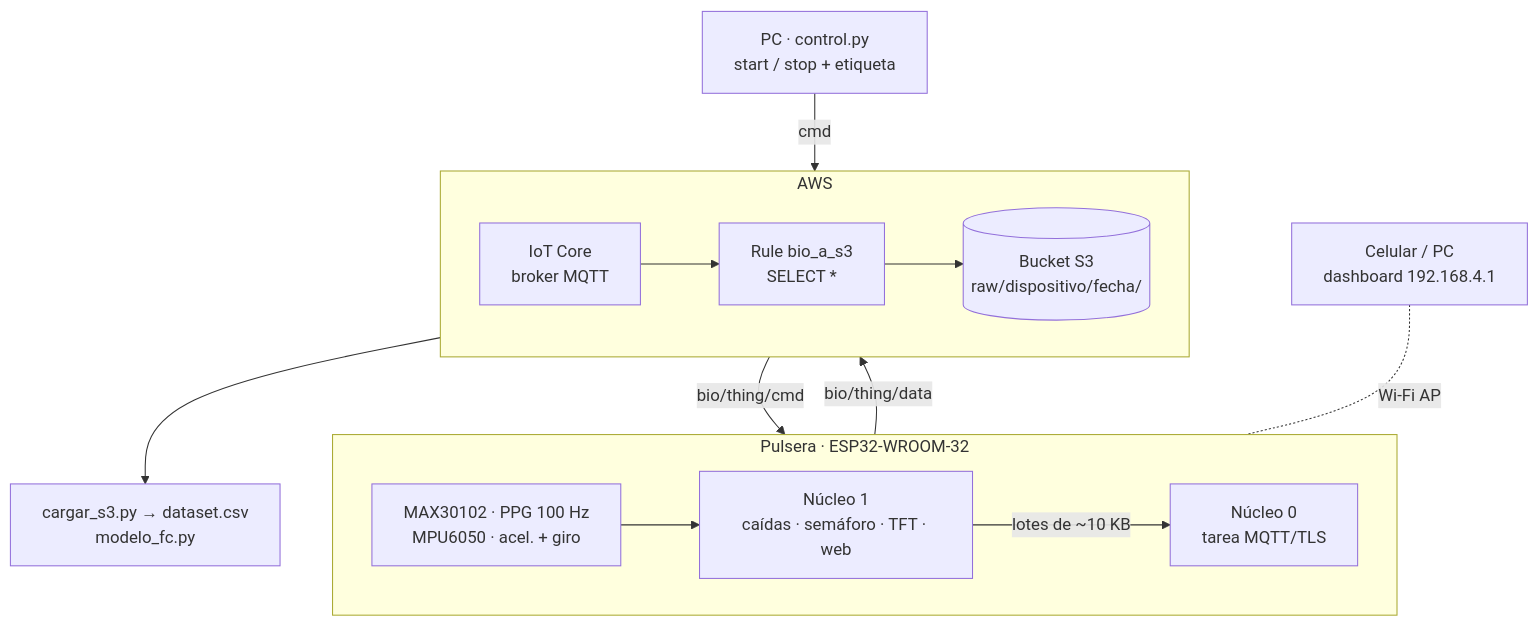
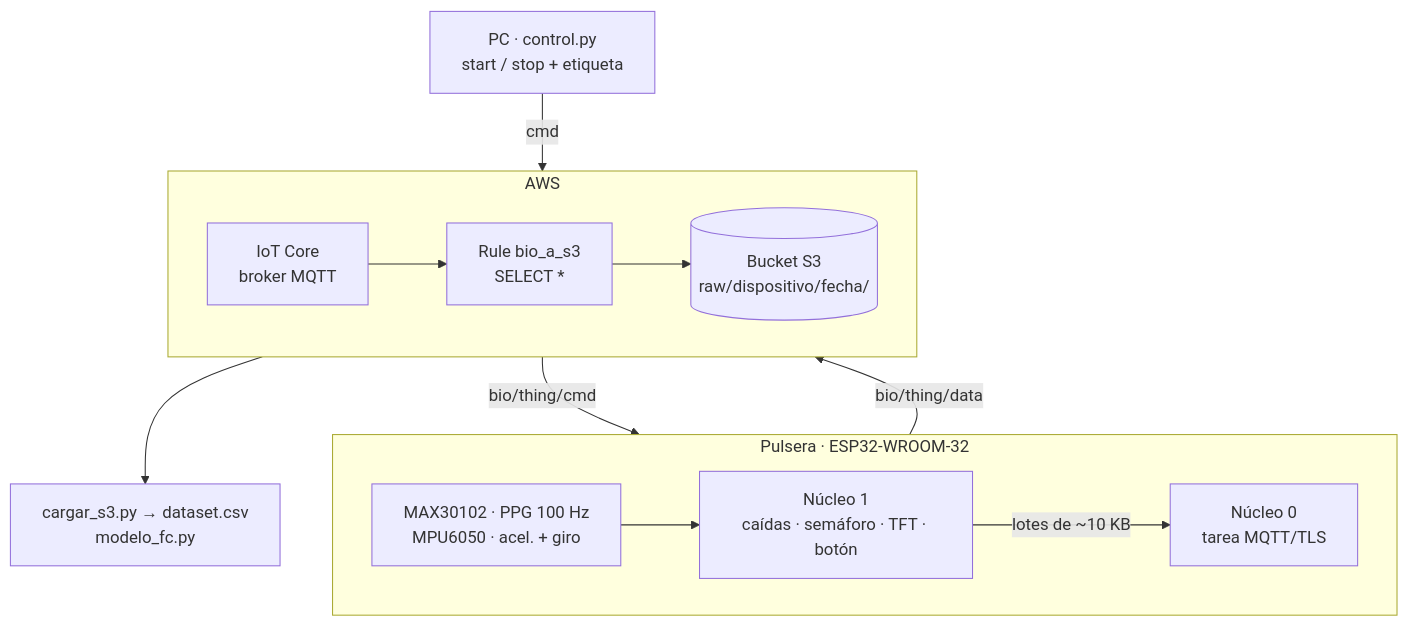
The first of 2 diagrams in README.md (felisfer/pulso-seguro), drawn with Mermaid before and after one commit. The commit also changed other lines of this file, not shown here.

````diff
--- a/README.md
+++ b/README.md
@@ -33,27 +34,25 @@
 ```mermaid
 flowchart TB
-    Cel["Celular / PC<br/>dashboard 192.168.4.1"]
     subgraph Pulsera["Pulsera · ESP32-WROOM-32"]
         direction LR
         S["MAX30102 · PPG 100 Hz<br/>MPU6050 · acel. + giro"]
-        N1["Núcleo 1<br/>caídas · semáforo · TFT · web"]
+        N1["Núcleo 1<br/>caídas · semáforo · TFT · botón"]
         N0["Núcleo 0<br/>tarea MQTT/TLS"]
         S --> N1
         N1 -- "lotes de ~10 KB" --> N0
     end
     subgraph AWS["AWS"]
         direction LR
         IoT["IoT Core<br/>broker MQTT"]
         Rule["Rule bio_a_s3<br/>SELECT *"]
         S3[("Bucket S3<br/>raw/dispositivo/fecha/")]
         IoT --> Rule --> S3
     end
     PC["PC · control.py<br/>start / stop + etiqueta"]
     ML["cargar_s3.py → dataset.csv<br/>modelo_fc.py"]
 
-    Cel -. "Wi-Fi AP" .- N1
     N0 -- "bio/thing/data" --> IoT
     IoT -- "bio/thing/cmd" --> N0
     PC -- "cmd" --> IoT
     S3 --> ML
 ```
````
